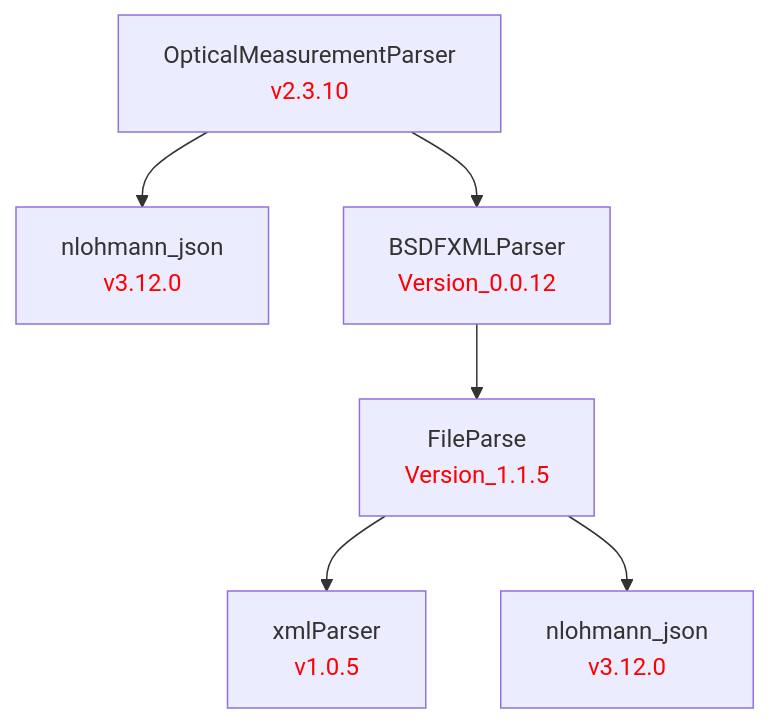
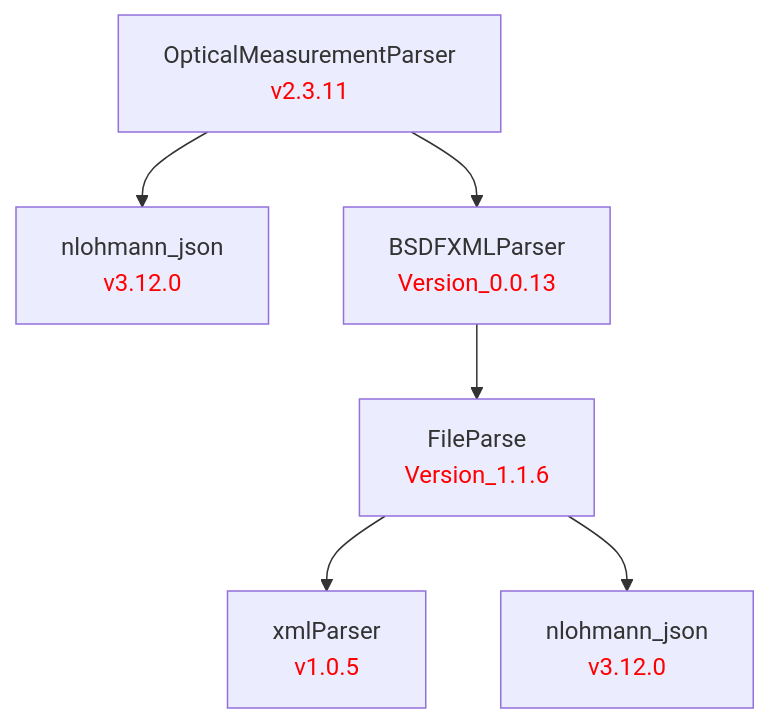
One commit to LBNL-ETA/OpticalMeasurementParser changed the diagram in doc/OpticalMeasurementParser.md. Above: the diagram before and after it, drawn with Mermaid. The commit also changed 1 other file, not shown here.

Commit message:
Bump to v2.3.11; BSDFXMLParser Version_0.0.13; refresh dep chart

````diff
--- a/doc/OpticalMeasurementParser.md
+++ b/doc/OpticalMeasurementParser.md
@@ -1,17 +1,17 @@
 ```mermaid
 graph TD
     %% Package definitions
     xmlParser[xmlParser<br/><font color='red'>v1.0.5</font>]
     nlohmann_json_fileparse[nlohmann_json<br/><font color='red'>v3.12.0</font>]
     nlohmann_json[nlohmann_json<br/><font color='red'>v3.12.0</font>]
-    FileParse[FileParse<br/><font color='red'>Version_1.1.5</font>]
-    BSDFXMLParser[BSDFXMLParser<br/><font color='red'>Version_0.0.12</font>]
-    OpticalMeasurementParser[OpticalMeasurementParser<br/><font color='red'>v2.3.10</font>]
+    FileParse[FileParse<br/><font color='red'>Version_1.1.6</font>]
+    BSDFXMLParser[BSDFXMLParser<br/><font color='red'>Version_0.0.13</font>]
+    OpticalMeasurementParser[OpticalMeasurementParser<br/><font color='red'>v2.3.11</font>]
 
     %% Package relations
     OpticalMeasurementParser --> nlohmann_json
     OpticalMeasurementParser --> BSDFXMLParser
     BSDFXMLParser --> FileParse
     FileParse --> xmlParser
     FileParse --> nlohmann_json_fileparse
 ```
````
